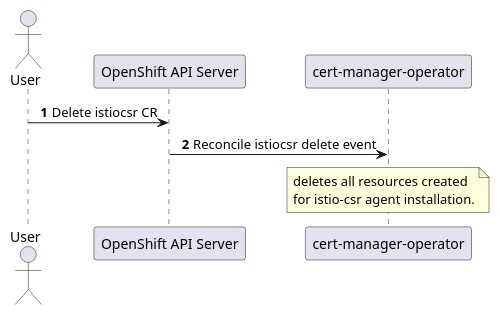
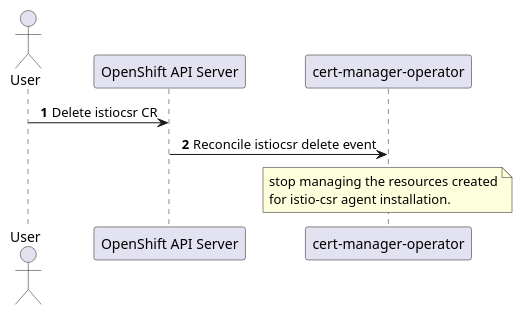
One commit to openshift/enhancements changed the diagram in enhancements/cert-manager/istio-csr-delete.puml. Above: the diagram before and after it, drawn with PlantUML. The commit also changed 2 other files, not shown here.

Commit message:
CM-706: incorporate review suggestion on resources cleanup

```diff
--- a/enhancements/cert-manager/istio-csr-delete.puml
+++ b/enhancements/cert-manager/istio-csr-delete.puml
@@ -1,19 +1,19 @@
 @startuml
 'https://plantuml.com/sequence-diagram
 
 skinparam sequenceMessageAlign center
 
 autonumber
 
 actor User
 participant "OpenShift API Server" as API
 participant "cert-manager-operator" as Operator
 
 User -> API : Delete istiocsr CR
 API -> Operator : Reconcile istiocsr delete event
 note over Operator
-deletes all resources created
+stop managing the resources created
 for istio-csr agent installation.
 endnote
 
 @enduml
```
